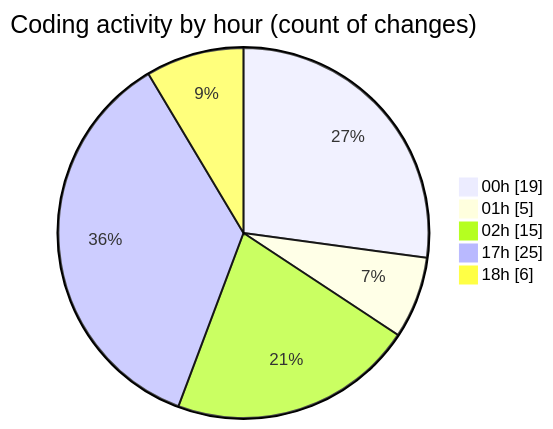
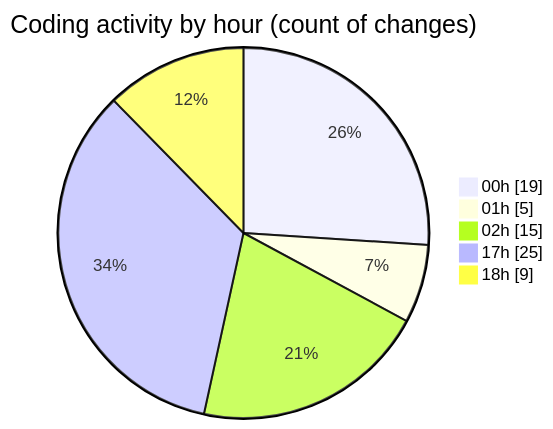
One commit to Elitesun/code-tracking changed the second of 2 diagrams in 2025-02-14/elitegpt/README.md. Above: the diagram before and after it, drawn with Mermaid. The commit also changed other lines of this file and 1 other file, not shown here.

````diff
--- a/2025-02-14/elitegpt/README.md
+++ b/2025-02-14/elitegpt/README.md
@@ -44,9 +44,9 @@
 ```mermaid
 pie showData
 title Coding activity by hour (count of changes)
 "00h" : 19
 "01h" : 5
 "02h" : 15
 "17h" : 25
-"18h" : 6
+"18h" : 9
 ```
````
